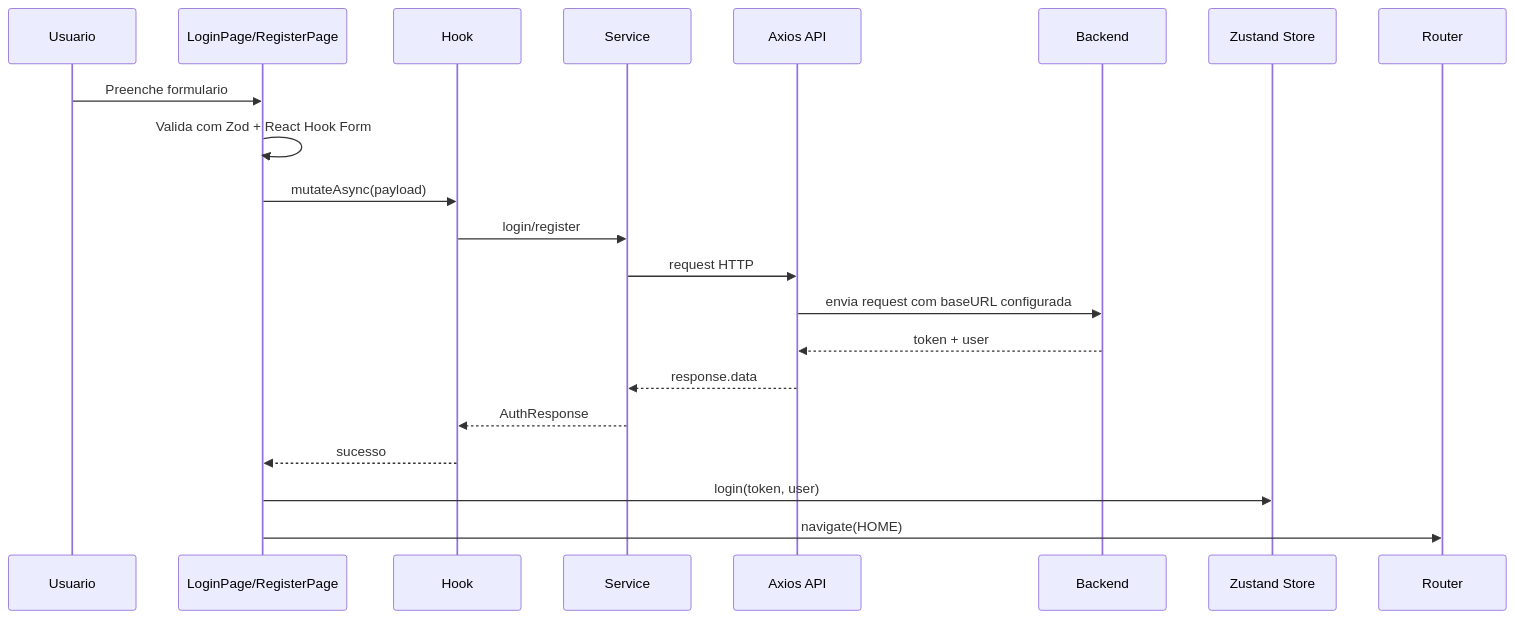
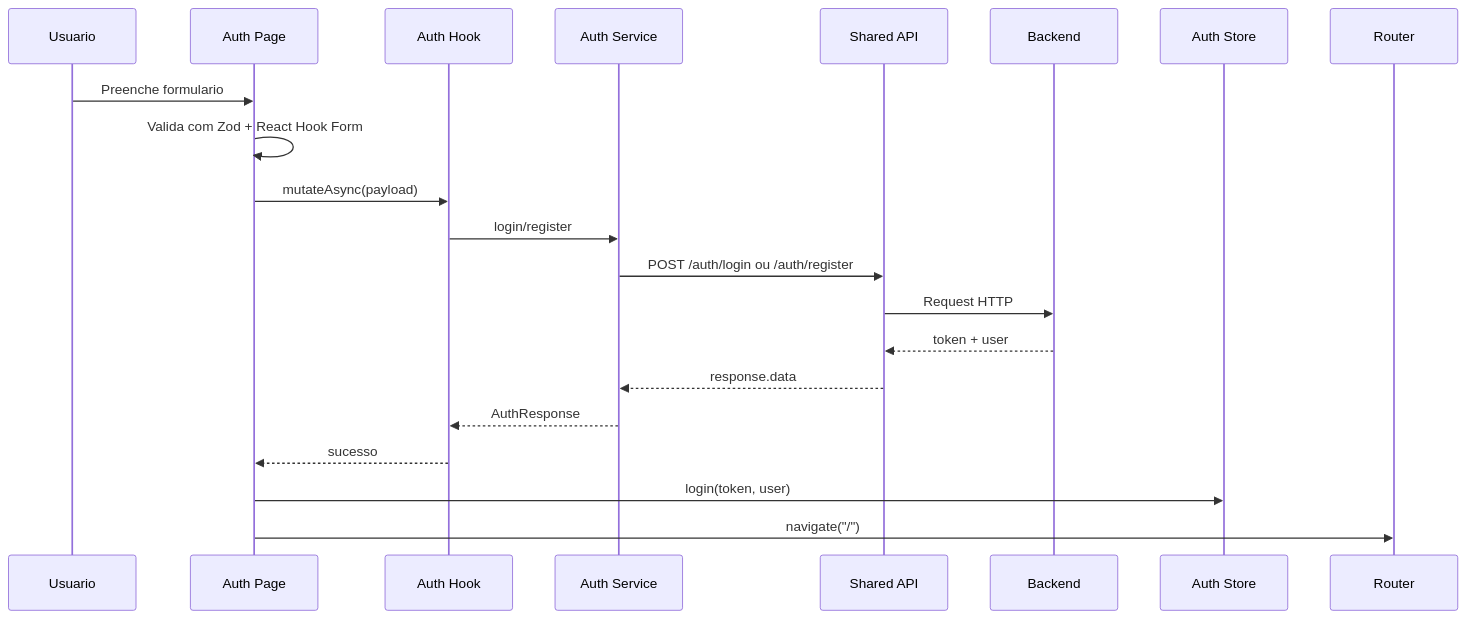
Before and after one commit to wwwbrunagon/movie_recommendation: the third of 4 diagrams in frontend/docs/architecture.md, drawn with Mermaid. The commit also changed other lines of this file and 1 other file, not shown here.

Commit message:
docs(frontend): document feature-based architecture

````diff
--- a/frontend/docs/architecture.md
+++ b/frontend/docs/architecture.md
@@ -102,24 +92,24 @@
 ```mermaid
 sequenceDiagram
     participant U as Usuario
-    participant LP as LoginPage/RegisterPage
-    participant H as Hook
-    participant S as Service
-    participant A as Axios API
+    participant P as Auth Page
+    participant H as Auth Hook
+    participant S as Auth Service
+    participant A as Shared API
     participant B as Backend
-    participant Z as Zustand Store
+    participant Z as Auth Store
     participant R as Router
 
-    U->>LP: Preenche formulario
-    LP->>LP: Valida com Zod + React Hook Form
-    LP->>H: mutateAsync(payload)
+    U->>P: Preenche formulario
+    P->>P: Valida com Zod + React Hook Form
+    P->>H: mutateAsync(payload)
     H->>S: login/register
-    S->>A: request HTTP
-    A->>B: envia request com baseURL configurada
+    S->>A: POST /auth/login ou /auth/register
+    A->>B: Request HTTP
     B-->>A: token + user
     A-->>S: response.data
     S-->>H: AuthResponse
-    H-->>LP: sucesso
-    LP->>Z: login(token, user)
-    LP->>R: navigate(HOME)
+    H-->>P: sucesso
+    P->>Z: login(token, user)
+    P->>R: navigate("/")
 ```
````
